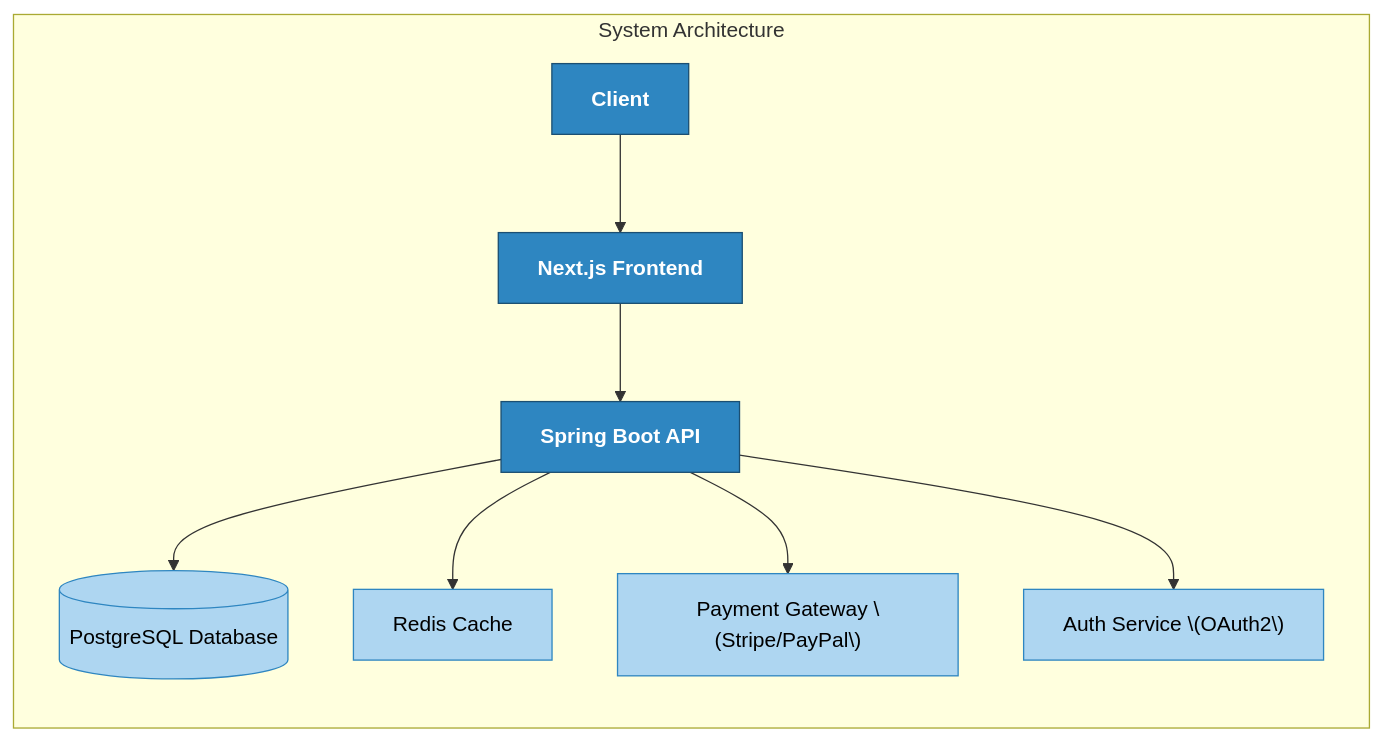
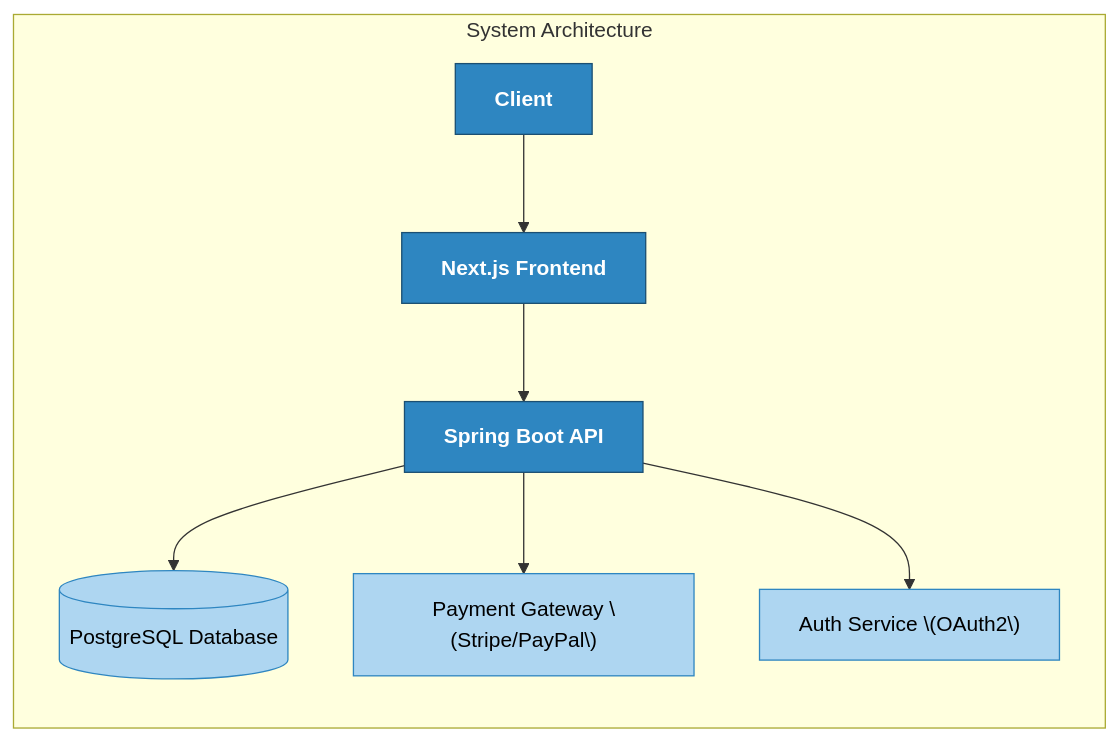
The first of 2 diagrams in README.md (aharoJ/barbershop), drawn with Mermaid before and after one commit. The commit also changed other lines of this file and 2 other files, not shown here.

````diff
--- a/README.md
+++ b/README.md
@@ -47,18 +47,17 @@
 ```mermaid
 graph LR
   subgraph "System Architecture"
     A[Client] --> B[Next.js Frontend]
     B --> C[Spring Boot API]
     C --> D[(PostgreSQL Database)]
-    C --> E[Redis Cache]
     C --> F["Payment Gateway \(Stripe/PayPal\)"]
     C --> G["Auth Service \(OAuth2\)"]
   end
 
   classDef primary fill:#2E86C1,stroke:#1B4F72,color:white,font-weight:bold;
   classDef secondary fill:#AED6F1,stroke:#2E86C1,color:black;
   
   class A,B,C primary;
   class D,E,F,G secondary;
 
 ```
````
